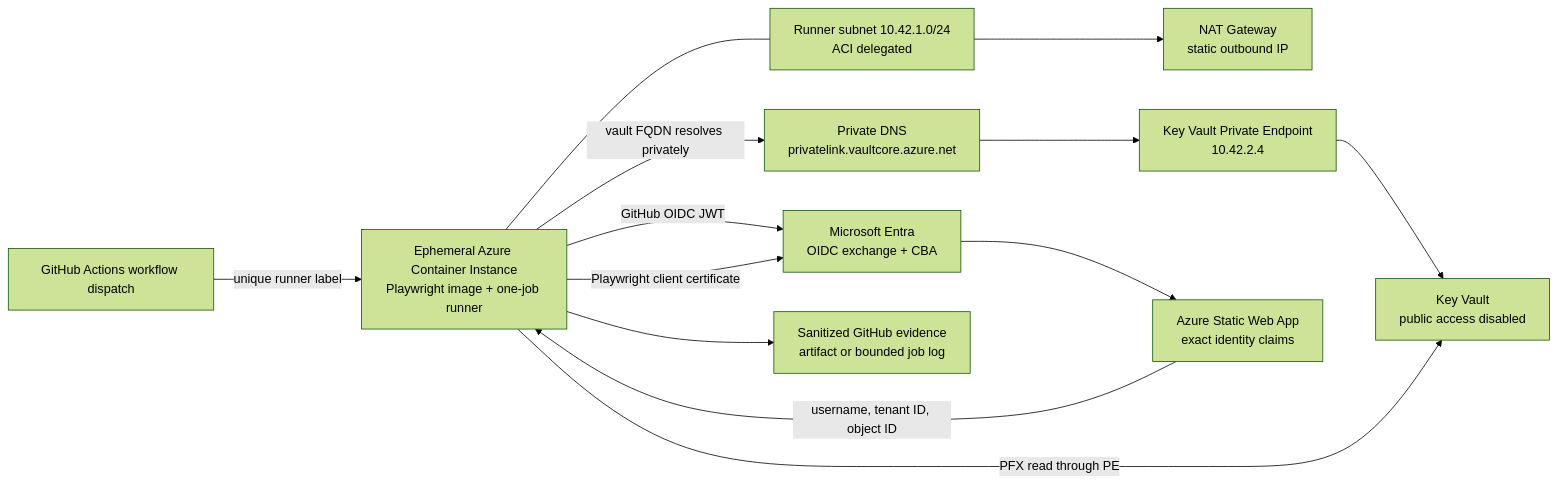
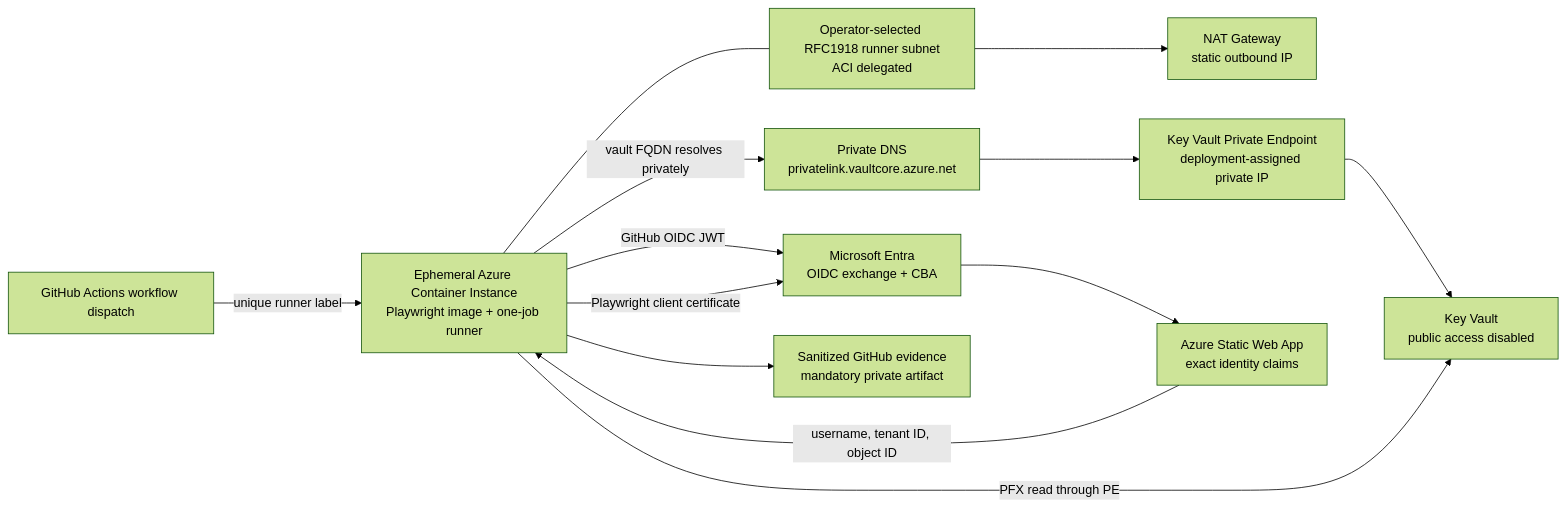
The diagram in solutions/entra-cba-playwright/README.md (samitks77/dev-agents-solutions), drawn with Mermaid (forest theme) before and after one commit. The commit also changed other lines of this file and 16 other files, not shown here.

````diff
--- a/solutions/entra-cba-playwright/README.md
+++ b/solutions/entra-cba-playwright/README.md
@@ -18,26 +37,26 @@
 ```mermaid
 flowchart LR
     GH[GitHub Actions workflow dispatch]
     ACI[Ephemeral Azure Container Instance<br/>Playwright image + one-job runner]
-    RS[Runner subnet 10.42.1.0/24<br/>ACI delegated]
+    RS[Operator-selected RFC1918 runner subnet<br/>ACI delegated]
     NAT[NAT Gateway<br/>static outbound IP]
     DNS[Private DNS<br/>privatelink.vaultcore.azure.net]
-    PE[Key Vault Private Endpoint<br/>10.42.2.4]
+    PE[Key Vault Private Endpoint<br/>deployment-assigned private IP]
     KV[Key Vault<br/>public access disabled]
     ENTRA[Microsoft Entra<br/>OIDC exchange + CBA]
     APP[Azure Static Web App<br/>exact identity claims]
-    ART[Sanitized GitHub evidence<br/>artifact or bounded job log]
+    ART[Sanitized GitHub evidence<br/>mandatory private artifact]
 
     GH -->|unique runner label| ACI
     ACI --- RS
     RS --> NAT
     ACI -->|vault FQDN resolves privately| DNS
     DNS --> PE
     PE --> KV
     ACI -->|GitHub OIDC JWT| ENTRA
     ACI -->|PFX read through PE| KV
     ACI -->|Playwright client certificate| ENTRA
     ENTRA --> APP
     APP -->|username, tenant ID, object ID| ACI
     ACI --> ART
 ```
````
